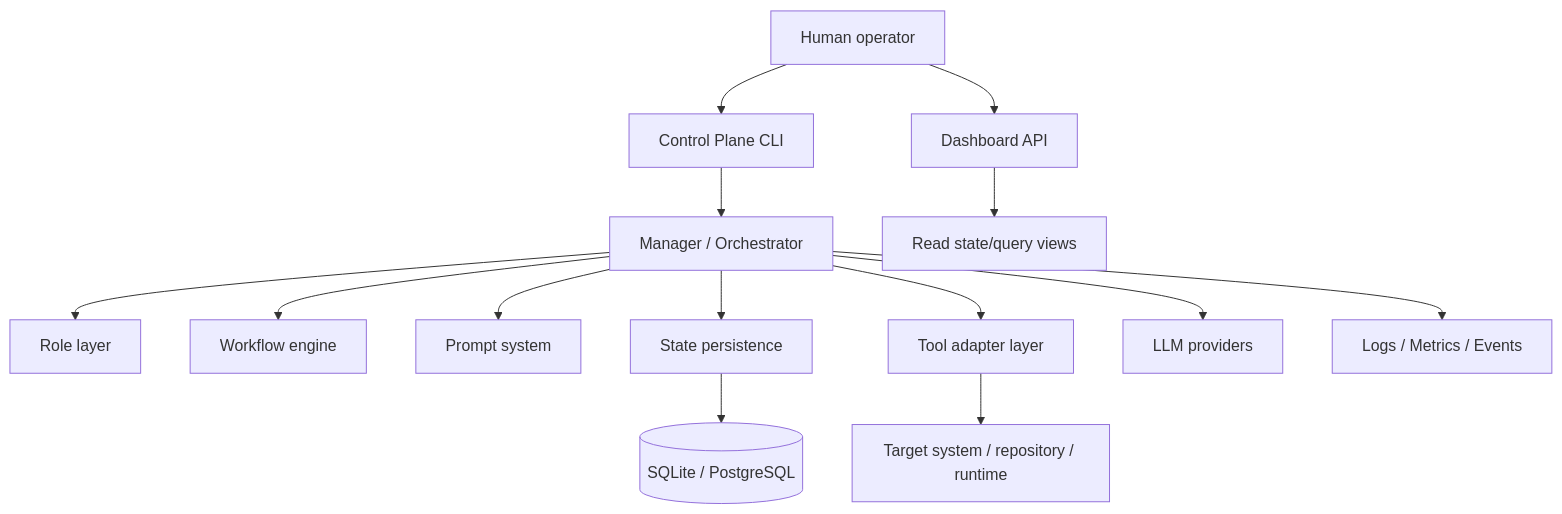
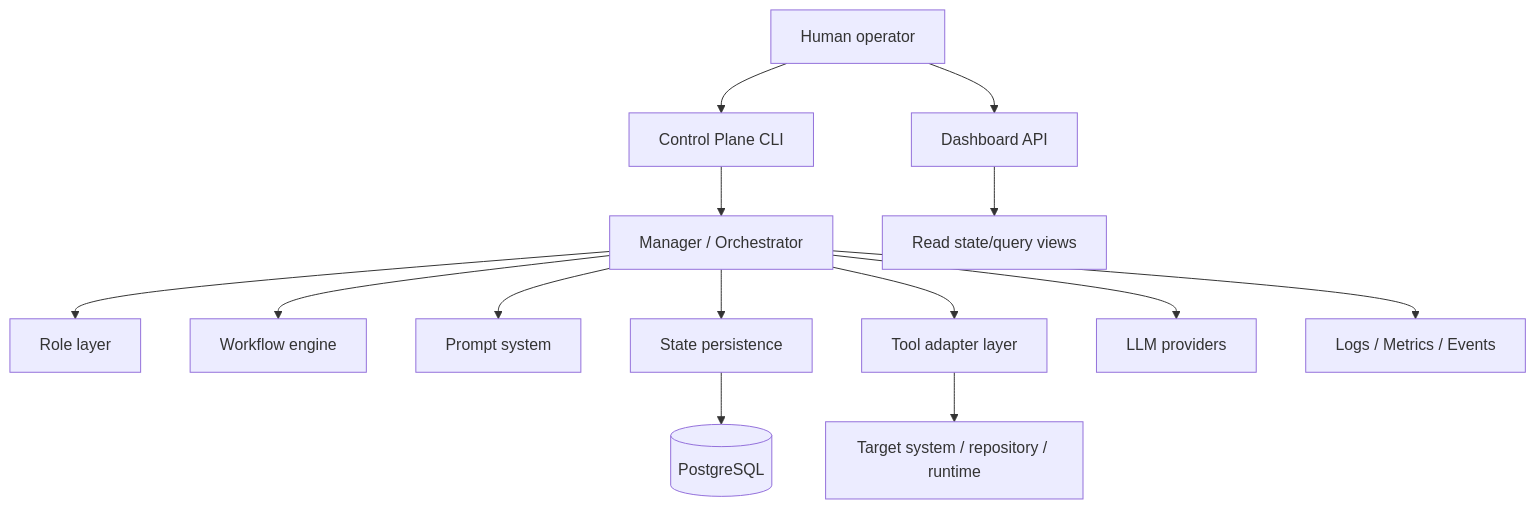
One commit to mrabaev48/ai-orchestrator changed the first of 9 diagrams in docs/ai-orchestrator-rfc-v4.md. Above: the diagram before and after it, drawn with Mermaid. The commit also changed other lines of this file and 20 other files, not shown here.

````diff
--- a/docs/ai-orchestrator-rfc-v4.md
+++ b/docs/ai-orchestrator-rfc-v4.md
@@ -142,19 +142,19 @@
 ```mermaid
 flowchart TD
     User[Human operator] --> ControlPlane[Control Plane CLI]
     User --> Dashboard[Dashboard API]
 
     ControlPlane --> Orchestrator[Manager / Orchestrator]
     Dashboard --> StateAPI[Read state/query views]
 
     Orchestrator --> Roles[Role layer]
     Orchestrator --> Workflow[Workflow engine]
     Orchestrator --> Prompting[Prompt system]
     Orchestrator --> Persistence[State persistence]
     Orchestrator --> Tools[Tool adapter layer]
     Orchestrator --> LLM[LLM providers]
     Orchestrator --> Obs[Logs / Metrics / Events]
 
     Tools --> Target[Target system / repository / runtime]
-    Persistence --> DB[(SQLite / PostgreSQL)]
+    Persistence --> DB[(PostgreSQL)]
 ```
````
